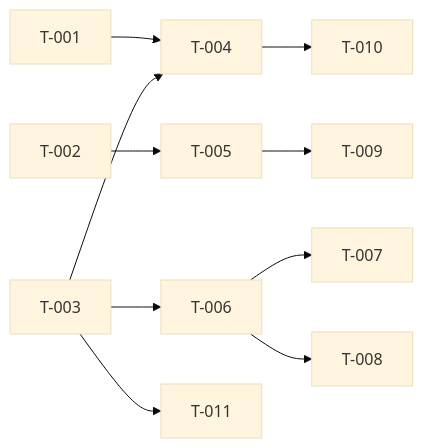
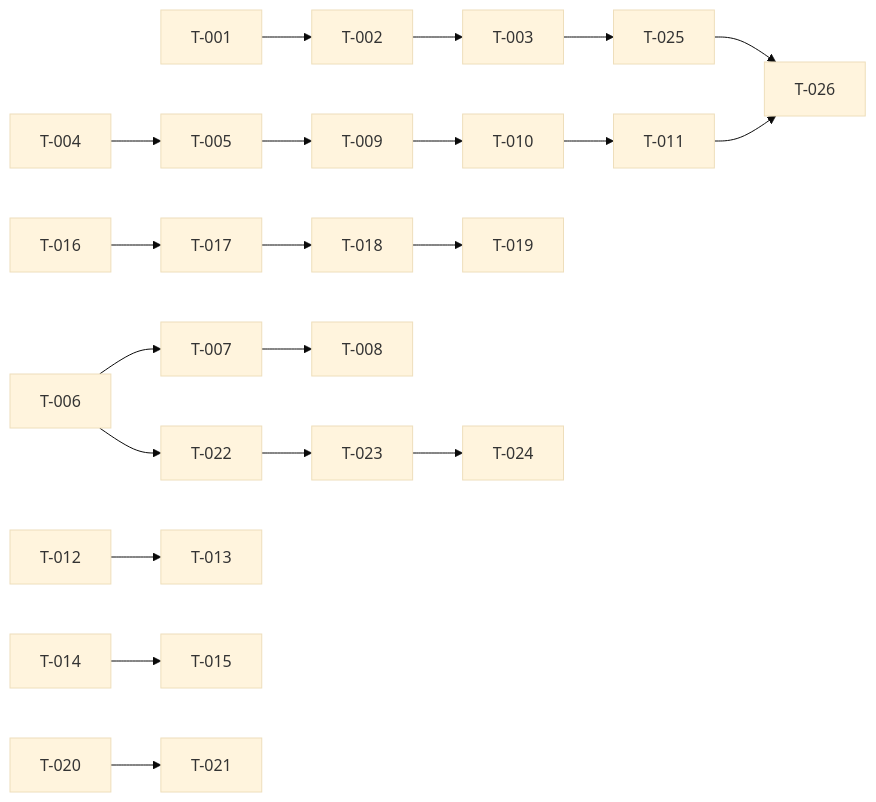
One commit to janno-p/fbapp-vibe changed the diagram in context/plans/build-site.md. Above: the diagram before and after it, drawn with Mermaid (base theme). The commit also changed other lines of this file and 10 other files, not shown here.

````diff
--- a/context/plans/build-site.md
+++ b/context/plans/build-site.md
@@ -107,12 +236,30 @@
 ```mermaid
 graph LR
-    T-001 --> T-004
-    T-002 --> T-005
-    T-003 --> T-004
-    T-003 --> T-006
-    T-004 --> T-010
+    T-001 --> T-002
+    T-002 --> T-003
+    T-003 --> T-025
+    
+    T-004 --> T-005
     T-005 --> T-009
+    T-009 --> T-010
+    T-010 --> T-011
+    T-011 --> T-026
+    
     T-006 --> T-007
-    T-006 --> T-008
-    T-003 --> T-011
+    T-007 --> T-008
+    T-006 --> T-022
+    
+    T-012 --> T-013
+    T-014 --> T-015
+    
+    T-016 --> T-017
+    T-017 --> T-018
+    T-018 --> T-019
+    
+    T-020 --> T-021
+    
+    T-022 --> T-023
+    T-023 --> T-024
+    
+    T-025 --> T-026
 ```
````
